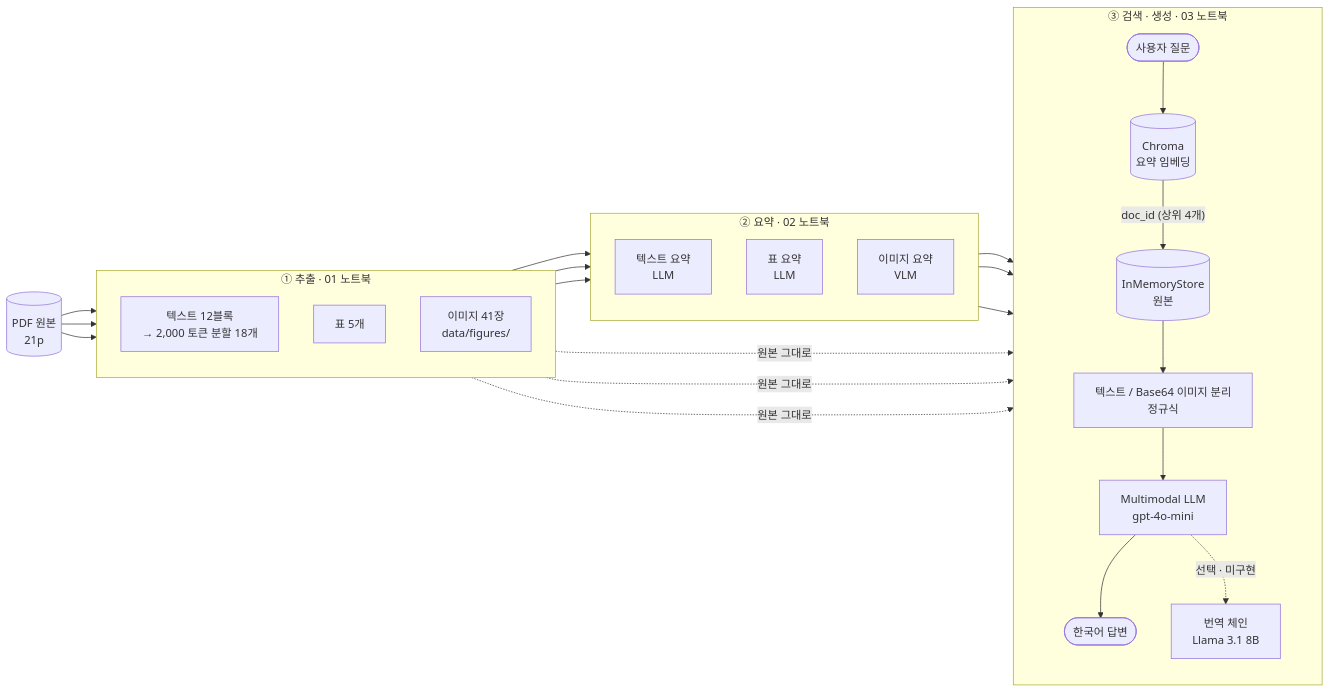
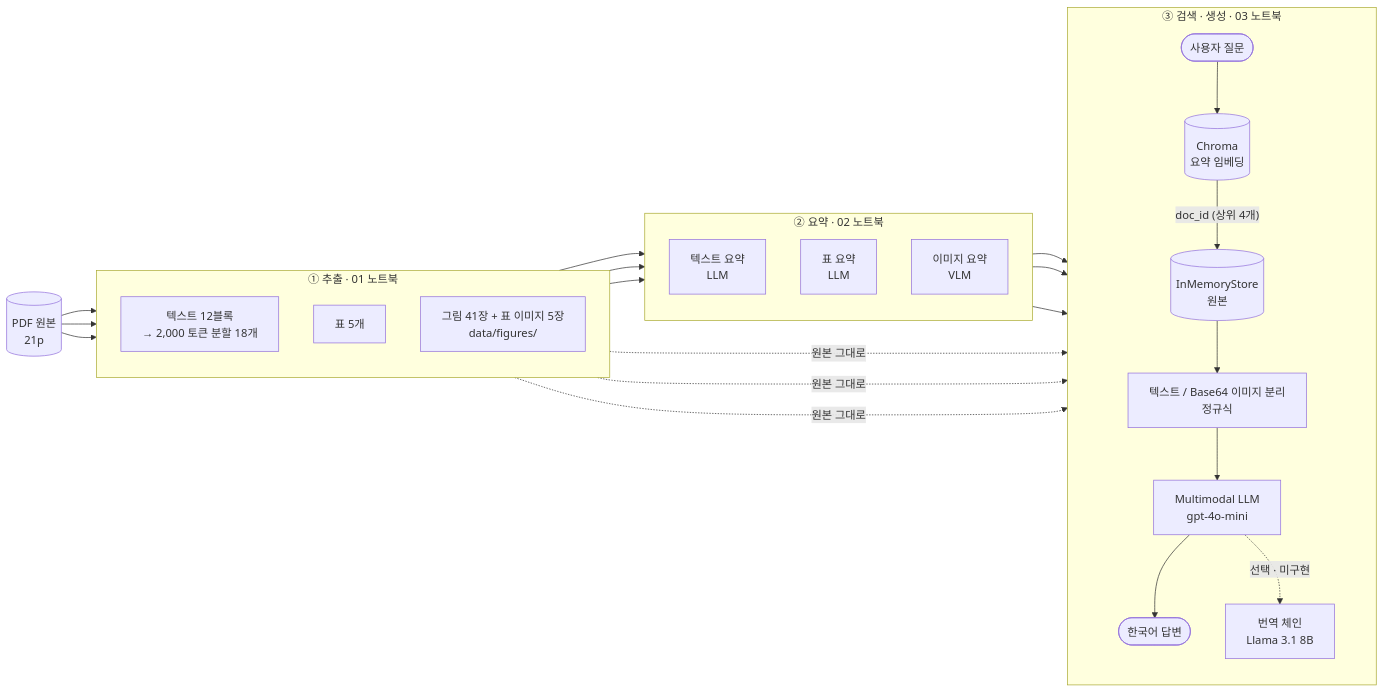
One commit to daui1727/hy-multimodal-rag changed the diagram in README.md. Above: the diagram before and after it, drawn with Mermaid. The commit also changed other lines of this file and 3 other files, not shown here.

````diff
--- a/README.md
+++ b/README.md
@@ -30,37 +30,37 @@
 ```mermaid
 flowchart LR
     PDF[(PDF 원본<br/>21p)]
 
     subgraph S1["① 추출 · 01 노트북"]
         direction TB
         T[텍스트 12블록<br/>→ 2,000 토큰 분할 18개]
         TB[표 5개]
-        IMG[이미지 41장<br/>data/figures/]
+        IMG[그림 41장 + 표 이미지 5장<br/>data/figures/]
     end
 
     subgraph S2["② 요약 · 02 노트북"]
         direction TB
         TS[텍스트 요약<br/>LLM]
         TBS[표 요약<br/>LLM]
         IS[이미지 요약<br/>VLM]
     end
 
     subgraph S3["③ 검색 · 생성 · 03 노트북"]
         direction TB
         VS[(Chroma<br/>요약 임베딩)]
         DS[(InMemoryStore<br/>원본)]
         Q([사용자 질문]) --> VS
         VS -- "doc_id (상위 4개)" --> DS
         DS --> SP[텍스트 / Base64 이미지 분리<br/>정규식]
         SP --> LLM[Multimodal LLM<br/>gpt-4o-mini]
         LLM --> A([한국어 답변])
         LLM -. 선택 · 미구현 .-> TR[번역 체인<br/>Llama 3.1 8B]
     end
 
     PDF --> T & TB & IMG
     T --> TS
     TB --> TBS
     IMG --> IS
     TS & TBS & IS --> VS
     T & TB & IMG -. 원본 그대로 .-> DS
 ```
````
